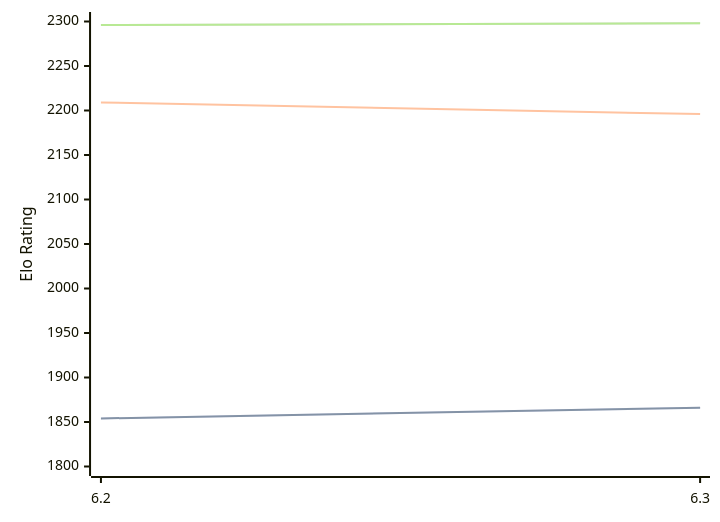
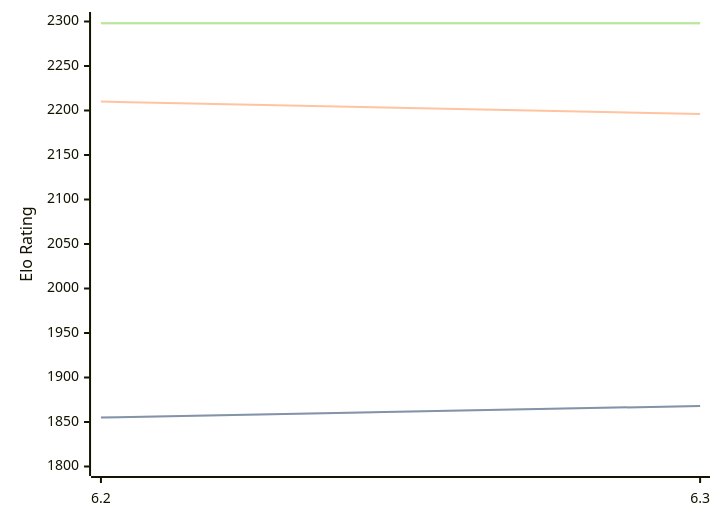
One commit to computer-chess-index/cci changed the diagram in engines/chess4j.md. Above: the diagram before and after it, drawn with Mermaid. The commit also changed other lines of this file, not shown here.

Commit message:
Update CCI Ratings (ELO VLTC) - 2026-09-06

````diff
--- a/engines/chess4j.md
+++ b/engines/chess4j.md
@@ -32,11 +32,11 @@
 ```mermaid
 %%{init: {"theme":"base","themeVariables":{"seriesColors:['#a3a3a3','#222221','#faa371']}}}%%
 xychart-beta
   x-axis ["6.2", "6.3"]
   y-axis "Elo Rating" 1800 --> 2300
-  line "" [1854, 1866]
-  line "STC (8.0+0.08s)" [1854, 1866]
-  line "LTC (60.0+0.60s)" [2209, 2196]
-  line "" [2296, 2298]
-  line "VLTC (2m24s+1.12s)" [2296, 2298]
+  line "" [1855, 1868]
+  line "STC (8.0+0.08s)" [1855, 1868]
+  line "LTC (60.0+0.60s)" [2210, 2196]
+  line "" [2298, 2298]
+  line "VLTC (2m24s+1.12s)" [2298, 2298]
 ```
````
